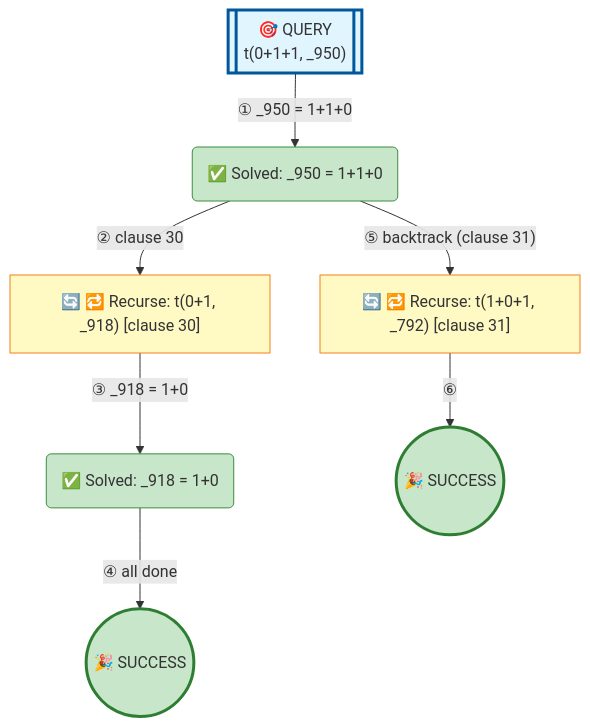
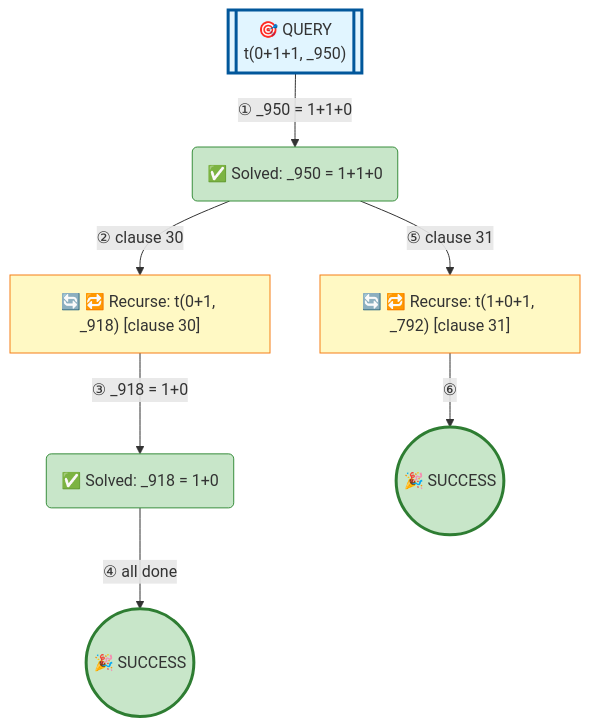
The diagram in examples/3_3_operators-standard.md (jarecsni/prolog-trace-viz), drawn with Mermaid before and after one commit. The commit also changed other lines of this file and 15 other files, not shown here.

````diff
--- a/examples/3_3_operators-standard.md
+++ b/examples/3_3_operators-standard.md
@@ -17,29 +17,29 @@
 ```mermaid
 graph TD
 
 %% Nodes
 A[["🎯 QUERY<br/>t(0+1+1, _950)"]]
 B("✅ Solved: _950 = 1+1+0")
 C["🔄 🔁 Recurse: t(0+1, _918) [clause 30]"]
 D("✅ Solved: _918 = 1+0")
 E(("🎉 SUCCESS"))
 F["🔄 🔁 Recurse: t(1+0+1, _792) [clause 31]"]
 G(("🎉 SUCCESS"))
 
 %% Edges
 A -->|"① _950 = 1+1+0"| B
 B -->|"② clause 30"| C
 C -->|"③ _918 = 1+0"| D
 D -->|"④ all done"| E
-B -->|"⑤ backtrack (clause 31)"| F
+B -->|"⑤ clause 31"| F
 F -->|"⑥"| G
 
 %% Styles
 style A fill:#e1f5ff,stroke:#01579b,stroke-width:3px
 style B fill:#c8e6c9,stroke:#388e3c
 style C fill:#fff9c4,stroke:#f57f17
 style D fill:#c8e6c9,stroke:#388e3c
 style E fill:#c8e6c9,stroke:#2e7d32,stroke-width:3px
 style F fill:#fff9c4,stroke:#f57f17
 style G fill:#c8e6c9,stroke:#2e7d32,stroke-width:3px
 ```
````
